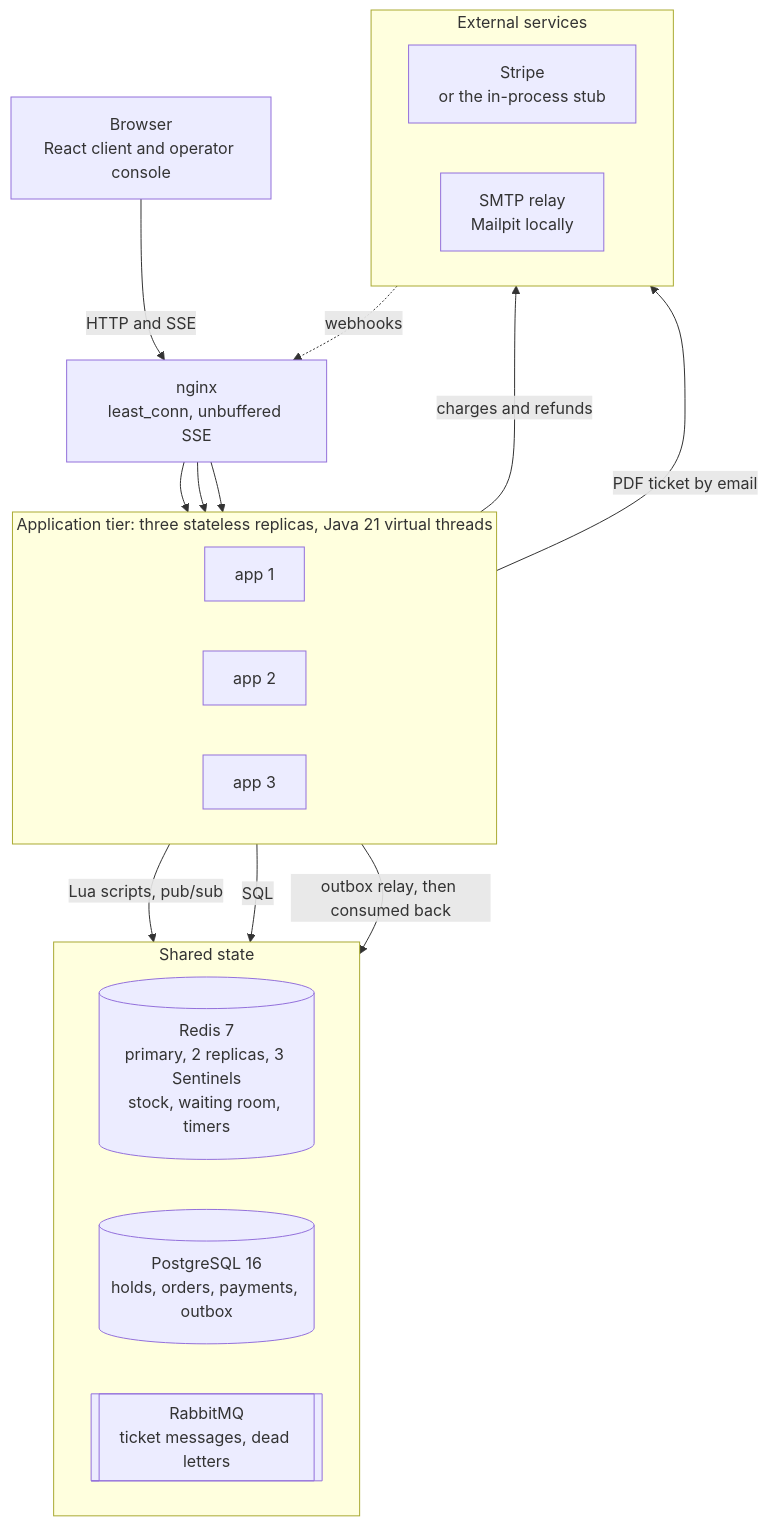
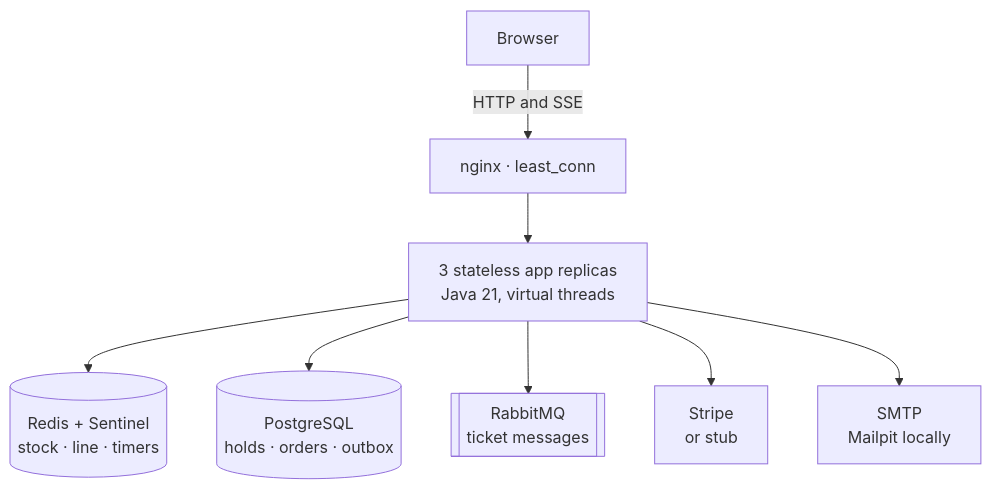
The second of 5 diagrams in README.md (eshedhayoun/FlashSeats), drawn with Mermaid before and after one commit. The commit also changed other lines of this file, not shown here.

Commit message:
REFACTOR | simplify the architecture figure

````diff
--- a/README.md
+++ b/README.md
@@ -196,34 +196,10 @@
 ```mermaid
 flowchart TB
-    browser["Browser<br/>React client and operator console"]
-    nginx["nginx<br/>least_conn, unbuffered SSE"]
-
-    subgraph apps["Application tier: three stateless replicas, Java 21 virtual threads"]
-        direction LR
-        app1["app 1"]
-        app2["app 2"]
-        app3["app 3"]
-    end
-
-    subgraph state["Shared state"]
-        direction LR
-        redis[("Redis 7<br/>primary, 2 replicas, 3 Sentinels<br/>stock, waiting room, timers")]
-        postgres[("PostgreSQL 16<br/>holds, orders, payments, outbox")]
-        rabbit[["RabbitMQ<br/>ticket messages, dead letters"]]
-    end
-
-    subgraph external["External services"]
-        direction LR
-        stripe["Stripe<br/>or the in-process stub"]
-        smtp["SMTP relay<br/>Mailpit locally"]
-    end
-
-    browser -->|HTTP and SSE| nginx
-    nginx --> app1 & app2 & app3
-    apps -->|Lua scripts, pub/sub| redis
-    apps -->|SQL| postgres
-    apps -->|outbox relay, then consumed back| rabbit
-    apps -->|charges and refunds| stripe
-    stripe -.->|webhooks| nginx
-    apps -->|PDF ticket by email| smtp
+    browser["Browser"] -->|HTTP and SSE| nginx["nginx · least_conn"]
+    nginx --> apps["3 stateless app replicas<br/>Java 21, virtual threads"]
+    apps --> redis[("Redis + Sentinel<br/>stock · line · timers")]
+    apps --> postgres[("PostgreSQL<br/>holds · orders · outbox")]
+    apps --> rabbit[["RabbitMQ<br/>ticket messages"]]
+    apps --> stripe["Stripe<br/>or stub"]
+    apps --> smtp["SMTP<br/>Mailpit locally"]
 ```
````
